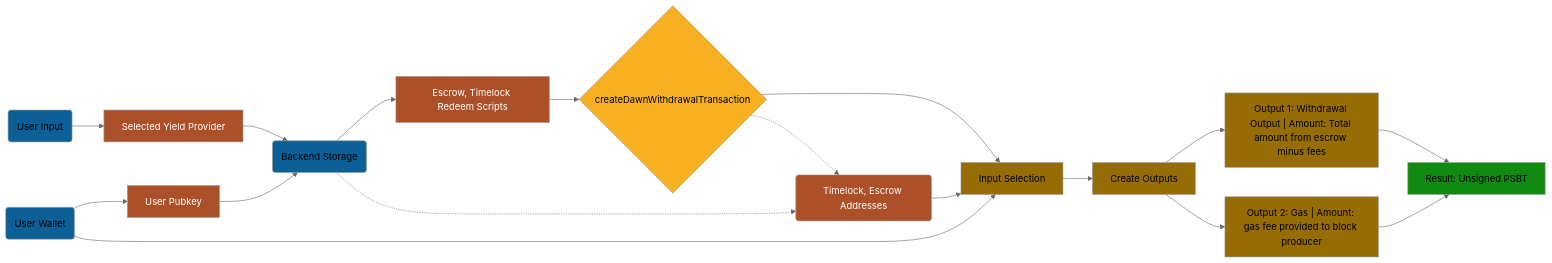
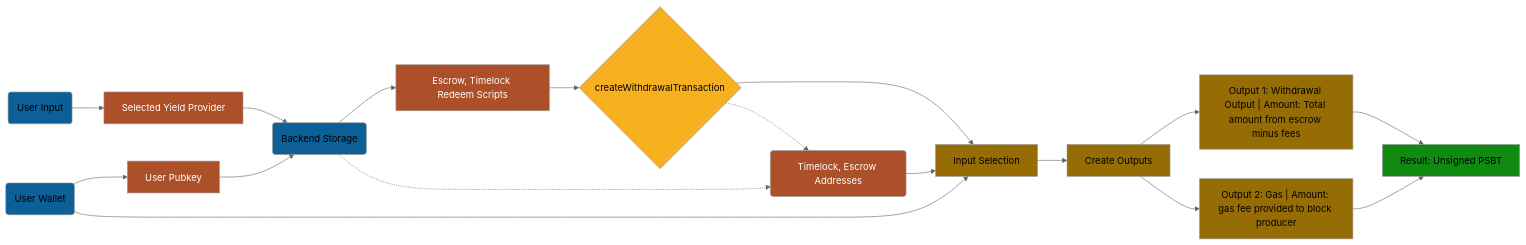
Before and after one commit to sundial-protocol/btc-locker: the fourth of 4 diagrams in spec/v0/user-stories.md, drawn with Mermaid (neutral theme). The commit also changed other lines of this file and 21 other files, not shown here.

````diff
--- a/spec/v0/user-stories.md
+++ b/spec/v0/user-stories.md
@@ -244,38 +244,38 @@
 ```mermaid
 flowchart LR
     Input(User Input) --> Provider[Selected Yield Provider]
     Wallet(User Wallet) --> PKH[User Pubkey]
 
 
     PKH --> Backend(Backend Storage)
     Provider --> Backend
 
     Backend --> RedeemScript[Escrow, Timelock Redeem Scripts]
     Backend -.-> Addresses(Timelock, Escrow Addresses)
-    RedeemScript --> MkTx{createDawnWithdrawalTransaction}
+    RedeemScript --> MkTx{createWithdrawalTransaction}
 
     MkTx --> Selection[Input Selection]
     MkTx -.-> Addresses
     Addresses --> Selection
     Wallet --> Selection
     Selection --> Creation[Create Outputs]
 
     Creation --> O1["Output 1: Withdrawal Output | Amount: Total amount from escrow minus fees"]
     Creation --> O2["Output 2: Gas | Amount: gas fee provided to block producer"]
 
     O1 --> Result[Result: Unsigned PSBT]
     O2 --> Result
 
     classDef actor fill:#0c5f97
     classDef methodStep fill:#966D05
     classDef result fill:#118a12
     classDef input fill:#ac502a,color:#fff
     classDef method fill:#F6B020,color:#000
 
     class Wallet,Input,Backend actor
     class Selection,Creation,O1,O2 methodStep
     class Result result
     class MkTx method
     class PKH,Provider,RedeemScript,Addresses input
 
 ```
````
